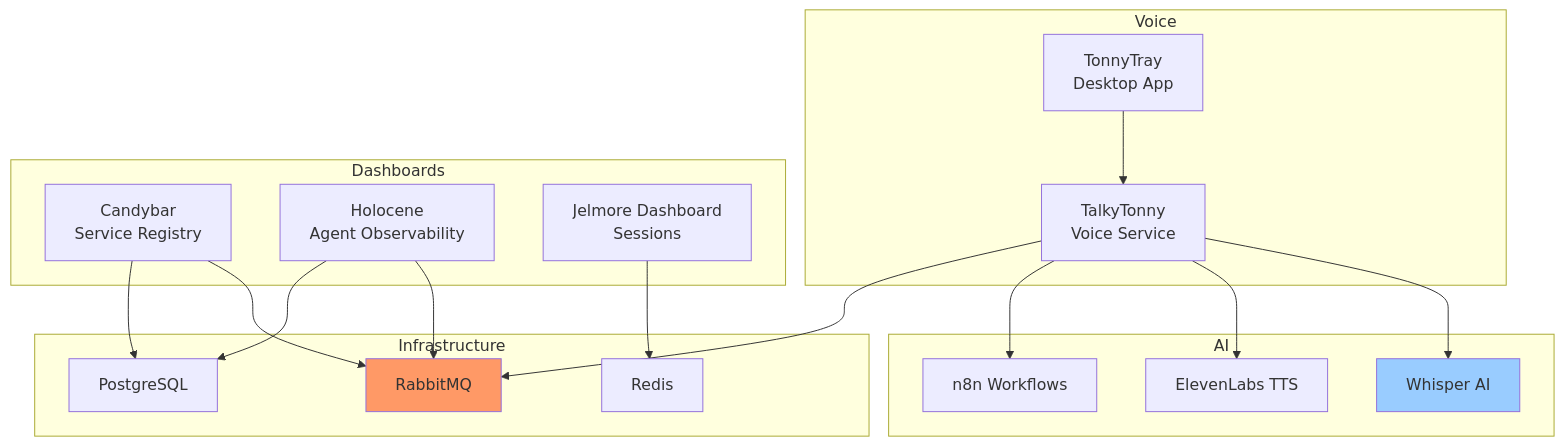
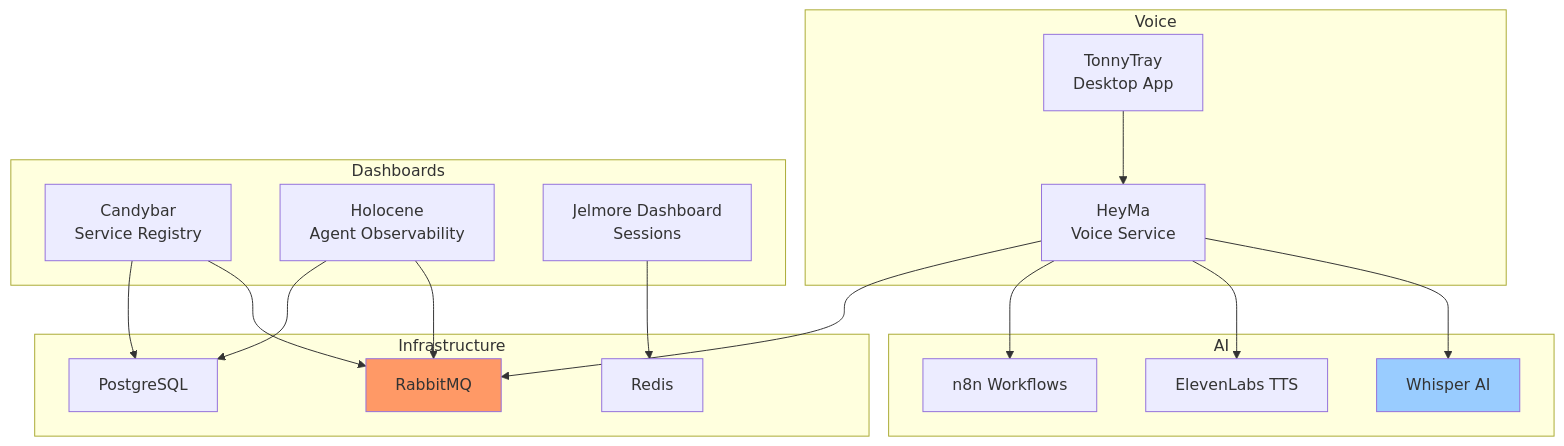
Before and after one commit to delorenj/33GOD: the diagram in docs/domains/dashboards-voice/dependencies.md, drawn with Mermaid. The commit also changed 38 other files, not shown here.

Commit message:
refactor: Rename TalkyTonny submodule to HeyMa. Also updated all references

````diff
--- a/docs/domains/dashboards-voice/dependencies.md
+++ b/docs/domains/dashboards-voice/dependencies.md
@@ -5,40 +5,40 @@
 ```mermaid
 graph TB
     subgraph Voice
-        TalkyTonny[TalkyTonny<br/>Voice Service]
+        HeyMa[HeyMa<br/>Voice Service]
         TonnyTray[TonnyTray<br/>Desktop App]
     end
 
     subgraph Dashboards
         Candybar[Candybar<br/>Service Registry]
         Holocene[Holocene<br/>Agent Observability]
         Jelmore[Jelmore Dashboard<br/>Sessions]
     end
 
     subgraph AI
         Whisper[Whisper AI]
         ElevenLabs[ElevenLabs TTS]
         N8N[n8n Workflows]
     end
 
     subgraph Infrastructure
         RMQ[RabbitMQ]
         Postgres[PostgreSQL]
         Redis[Redis]
     end
 
-    TonnyTray --> TalkyTonny
-    TalkyTonny --> Whisper
-    TalkyTonny --> ElevenLabs
-    TalkyTonny --> N8N
-    TalkyTonny --> RMQ
+    TonnyTray --> HeyMa
+    HeyMa --> Whisper
+    HeyMa --> ElevenLabs
+    HeyMa --> N8N
+    HeyMa --> RMQ
 
     Candybar --> RMQ
     Candybar --> Postgres
     Holocene --> RMQ
     Holocene --> Postgres
     Jelmore --> Redis
 
     style RMQ fill:#f96
     style Whisper fill:#9cf
 ```
````
